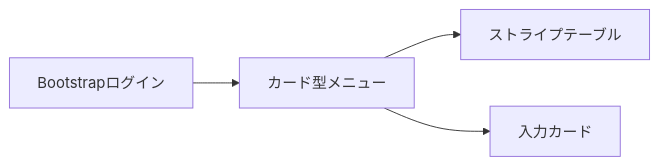
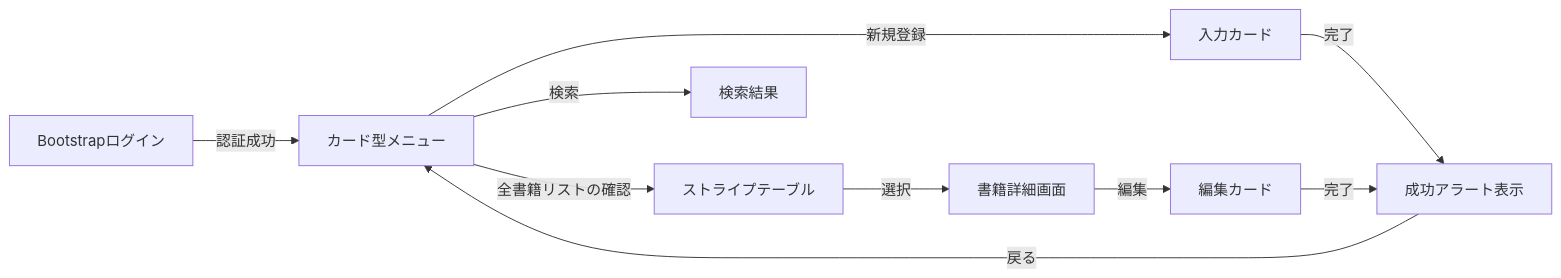
One commit to juyeongjung1/springboot_personal_practice changed the sixth of 7 diagrams in docs/Comprehensive_Design_Specification.md. Above: the diagram before and after it, drawn with Mermaid. The commit also changed other lines of this file and 8 other files, not shown here.

````diff
--- a/docs/Comprehensive_Design_Specification.md
+++ b/docs/Comprehensive_Design_Specification.md
@@ -154,6 +154,12 @@
 ```mermaid
 graph LR
-    Login[Bootstrapログイン] --> Menu[カード型メニュー]
-    Menu --> List[ストライプテーブル]
-    Menu --> Form[入力カード]
+    Login[Bootstrapログイン] -- 認証成功 --> Menu[カード型メニュー]
+    Menu -- 全書籍リストの確認 --> List[ストライプテーブル]
+    Menu -- 検索 --> Search[検索結果]
+    Menu -- 新規登録 --> Form[入力カード]
+    List -- 選択 --> Detail[書籍詳細画面]
+    Detail -- 編集 --> Update[編集カード]
+    Form -- 完了 --> Confirm[成功アラート表示]
+    Update -- 完了 --> Confirm
+    Confirm -- 戻る --> Menu
 ```
````
